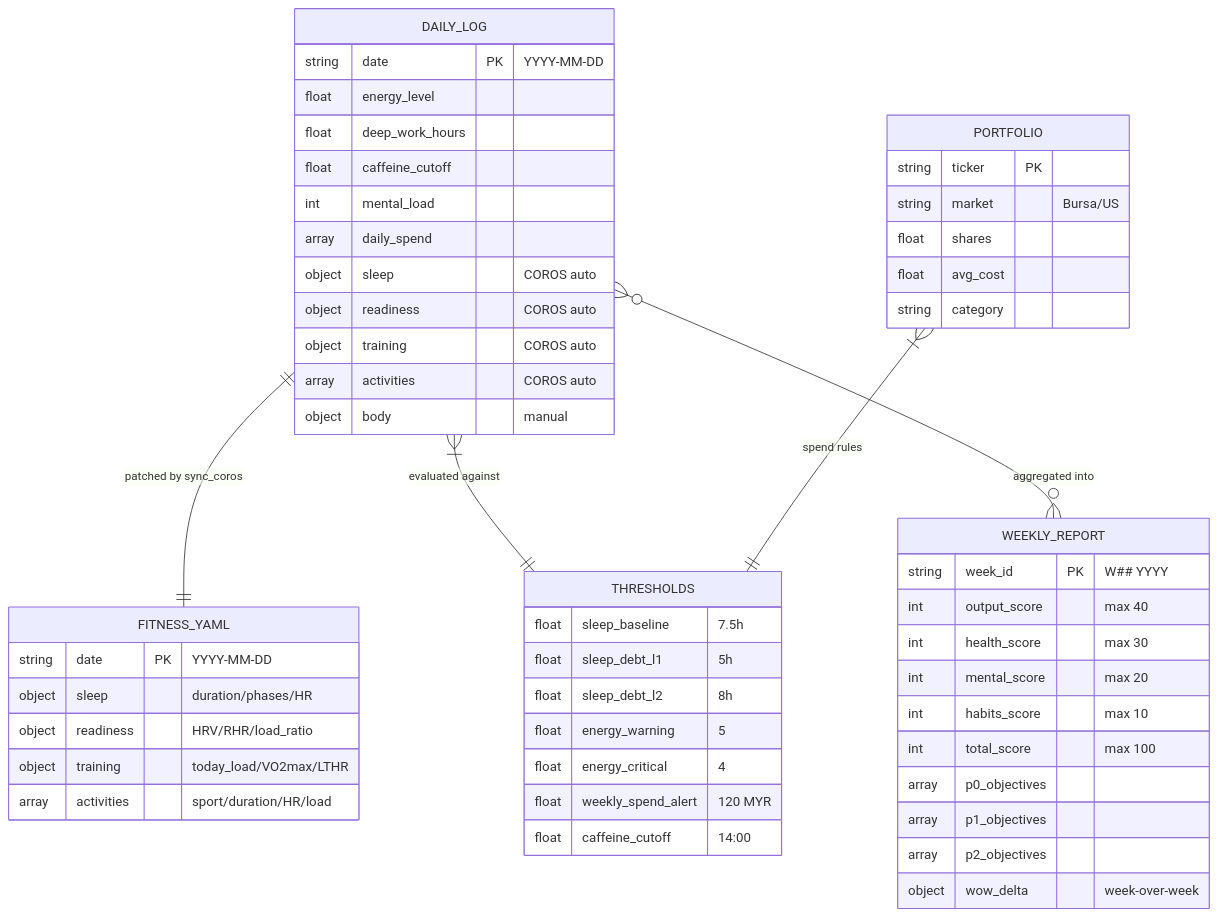
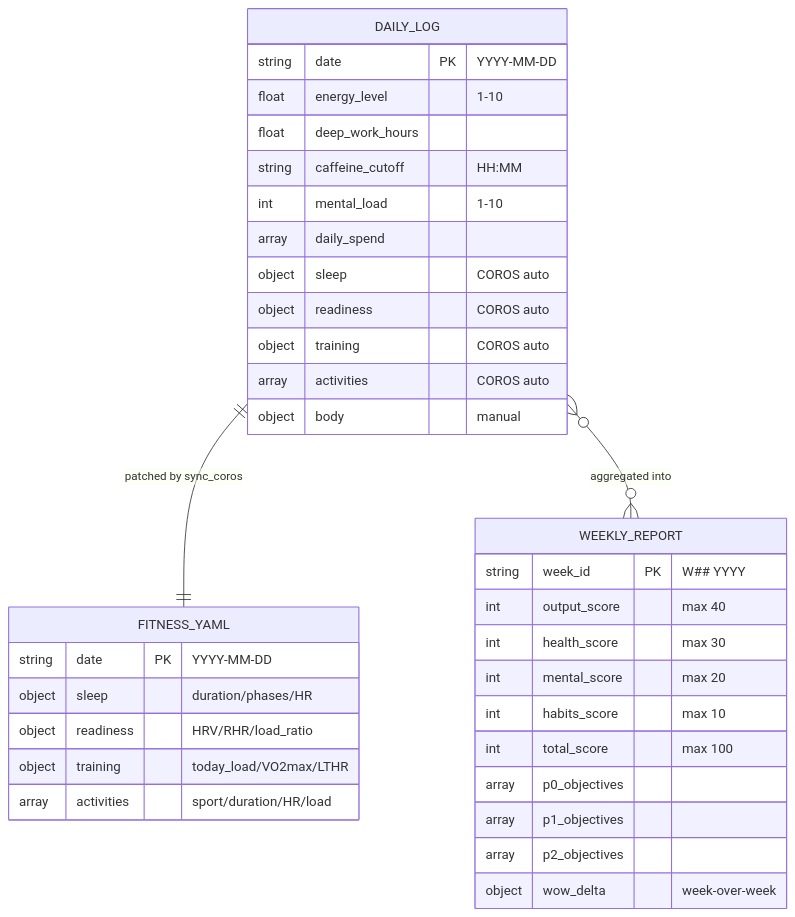
The fourth of 7 diagrams in architecture.md (KelvinYou/personal-os), drawn with Mermaid before and after one commit. The commit also changed other lines of this file, not shown here.

First line of the commit message:
docs(architecture): add preamble, library layer, and invariants sections

````diff
--- a/architecture.md
+++ b/architecture.md
@@ -137,60 +145,40 @@
 ```mermaid
 erDiagram
     DAILY_LOG {
         string date PK "YYYY-MM-DD"
-        float energy_level
+        float energy_level "1-10"
         float deep_work_hours
-        float caffeine_cutoff
-        int mental_load
+        string caffeine_cutoff "HH:MM"
+        int mental_load "1-10"
         array daily_spend
         object sleep "COROS auto"
         object readiness "COROS auto"
         object training "COROS auto"
         array activities "COROS auto"
         object body "manual"
     }
 
     FITNESS_YAML {
         string date PK "YYYY-MM-DD"
         object sleep "duration/phases/HR"
         object readiness "HRV/RHR/load_ratio"
         object training "today_load/VO2max/LTHR"
         array activities "sport/duration/HR/load"
     }
 
     WEEKLY_REPORT {
         string week_id PK "W## YYYY"
         int output_score "max 40"
         int health_score "max 30"
         int mental_score "max 20"
         int habits_score "max 10"
         int total_score "max 100"
         array p0_objectives
         array p1_objectives
         array p2_objectives
         object wow_delta "week-over-week"
     }
 
-    PORTFOLIO {
-        string ticker PK
-        string market "Bursa/US"
-        float shares
-        float avg_cost
-        string category
-    }
-
-    THRESHOLDS {
-        float sleep_baseline "7.5h"
-        float sleep_debt_l1 "5h"
-        float sleep_debt_l2 "8h"
-        float energy_warning "5"
-        float energy_critical "4"
-        float weekly_spend_alert "120 MYR"
-        float caffeine_cutoff "14:00"
-    }
-
     DAILY_LOG ||--|| FITNESS_YAML : "patched by sync_coros"
-    DAILY_LOG }|--|| THRESHOLDS : "evaluated against"
     DAILY_LOG }o--o{ WEEKLY_REPORT : "aggregated into"
-    PORTFOLIO }|--|| THRESHOLDS : "spend rules"
 ```
````
